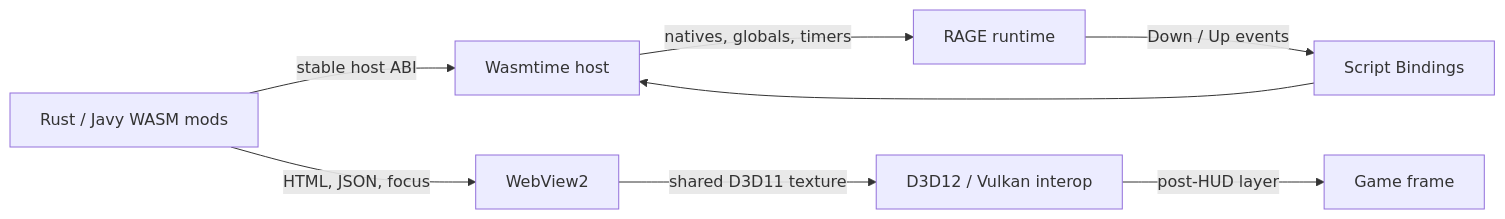
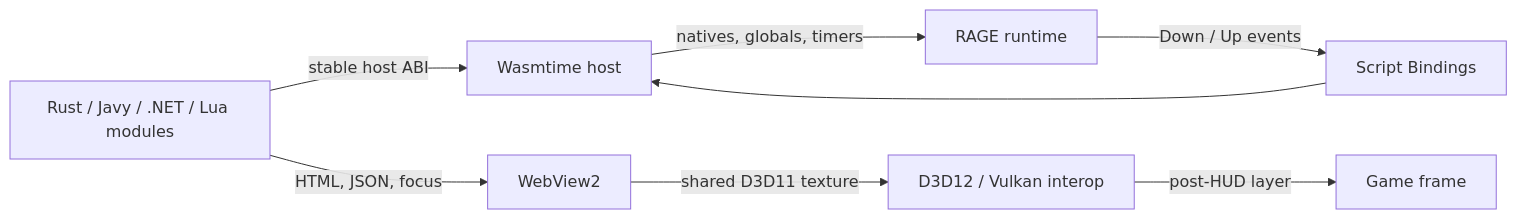
Before and after one commit to emcifuntik/rdr2scripthook: the diagram in README.md, drawn with Mermaid. The commit also changed other lines of this file and 33 other files, not shown here.

Commit message:
feat: add sandboxed .NET and Lua guest runtimes

````diff
--- a/README.md
+++ b/README.md
@@ -46,11 +47,11 @@
 ```mermaid
 flowchart LR
-    Mods["Rust / Javy WASM mods"] -->|stable host ABI| Host["Wasmtime host"]
+    Mods["Rust / Javy / .NET / Lua modules"] -->|stable host ABI| Host["Wasmtime host"]
     Host -->|natives, globals, timers| Rage["RAGE runtime"]
     Rage -->|Down / Up events| Bindings["Script Bindings"]
     Bindings --> Host
 
     Mods -->|HTML, JSON, focus| Browser["WebView2"]
     Browser -->|shared D3D11 texture| Interop["D3D12 / Vulkan interop"]
     Interop -->|post-HUD layer| Frame["Game frame"]
 ```
````
